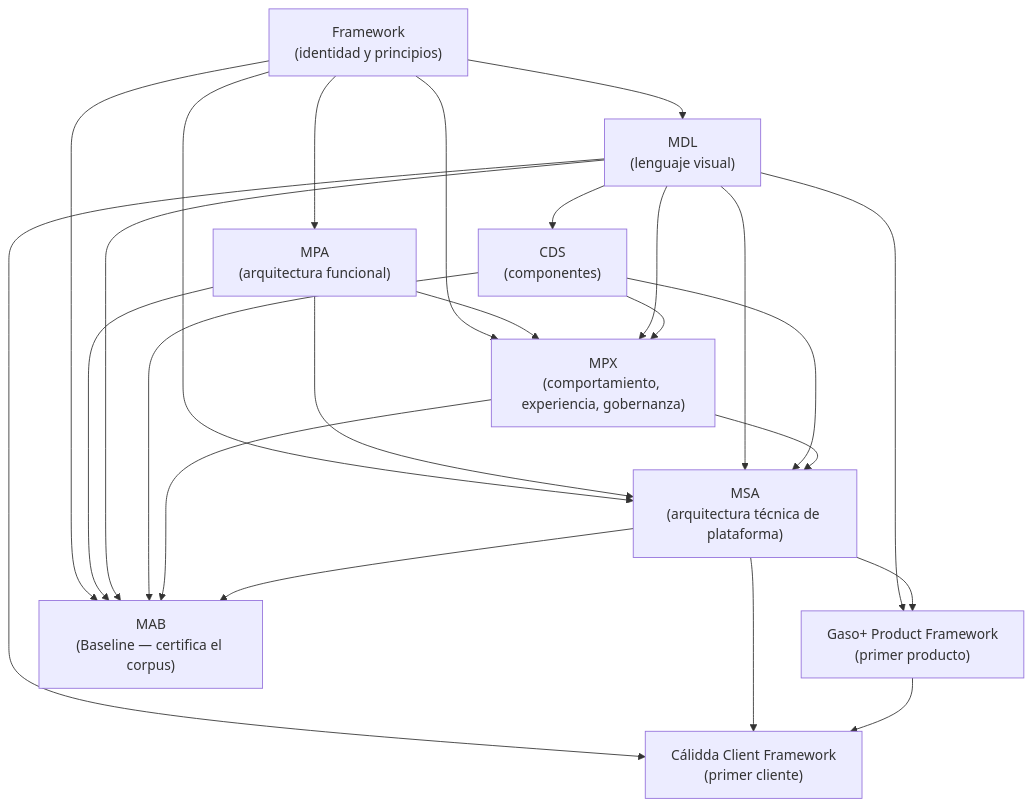
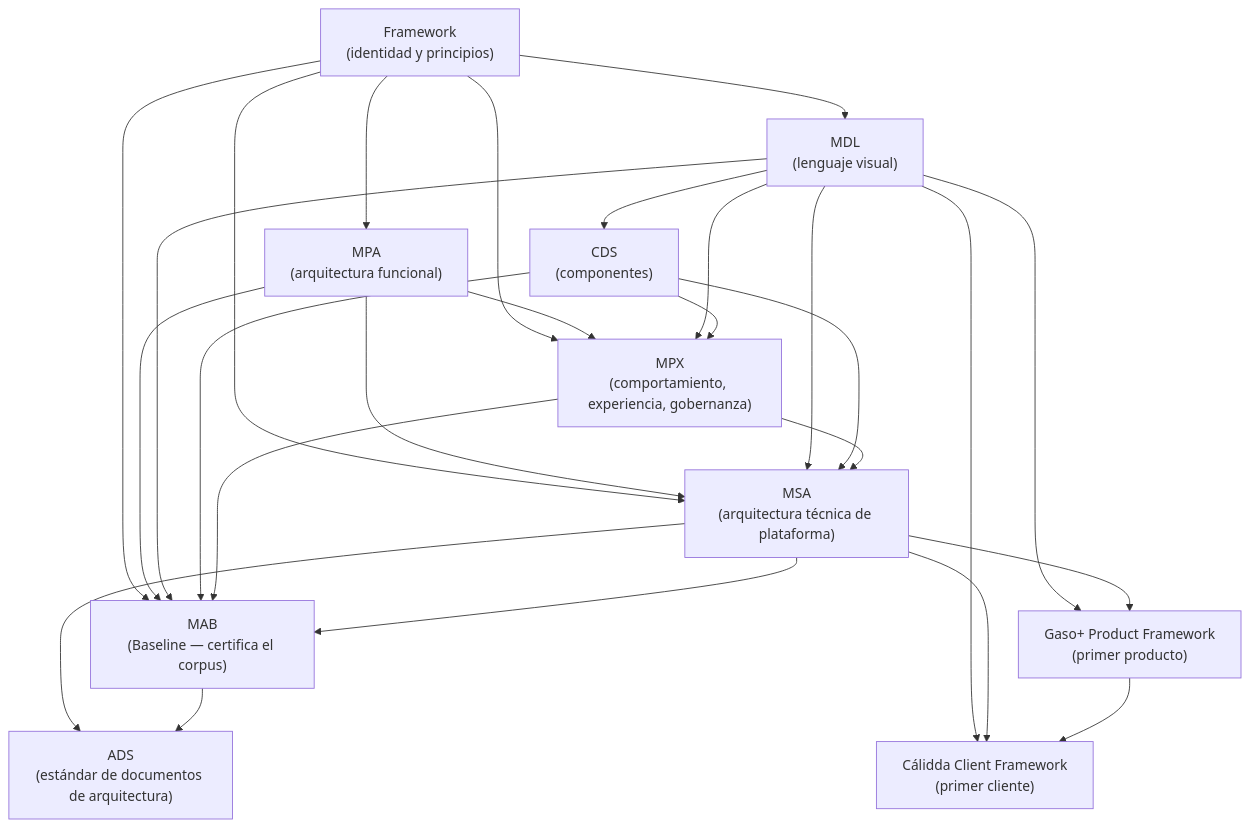
The diagram in DOCUMENTATION_INDEX.md (millonesjesus-afk/whatsapp-agentkit), drawn with Mermaid before and after one commit. The commit also changed other lines of this file and 1 other file, not shown here.

First line of the commit message:
Agregar MAIEK_AI_ARCHITECTURE_DOCUMENT_STANDARD.md (ADS) — estándar para arquitecturas derivadas

````diff
--- a/DOCUMENTATION_INDEX.md
+++ b/DOCUMENTATION_INDEX.md
@@ -146,36 +158,39 @@
 ```mermaid
 flowchart TB
     FW["Framework<br/>(identidad y principios)"]
     MPA["MPA<br/>(arquitectura funcional)"]
     MDL["MDL<br/>(lenguaje visual)"]
     CDS["CDS<br/>(componentes)"]
     MPX["MPX<br/>(comportamiento, experiencia, gobernanza)"]
     MSA["MSA<br/>(arquitectura técnica de plataforma)"]
     GPF["Gaso+ Product Framework<br/>(primer producto)"]
     CCF["Cálidda Client Framework<br/>(primer cliente)"]
     MAB["MAB<br/>(Baseline — certifica el corpus)"]
+    ADS["ADS<br/>(estándar de documentos de arquitectura)"]
 
     FW --> MPA
     FW --> MDL
     FW --> MPX
     FW --> MSA
     MPA --> MPX
     MPA --> MSA
     MDL --> CDS
     MDL --> MPX
     MDL --> MSA
     MDL --> GPF
     MDL --> CCF
     FW --> MAB
     MPA --> MAB
     MDL --> MAB
     CDS --> MAB
     MPX --> MAB
     MSA --> MAB
     CDS --> MPX
     CDS --> MSA
     MPX --> MSA
     MSA --> GPF
     MSA --> CCF
+    MSA --> ADS
+    MAB --> ADS
     GPF --> CCF
 ```
````
